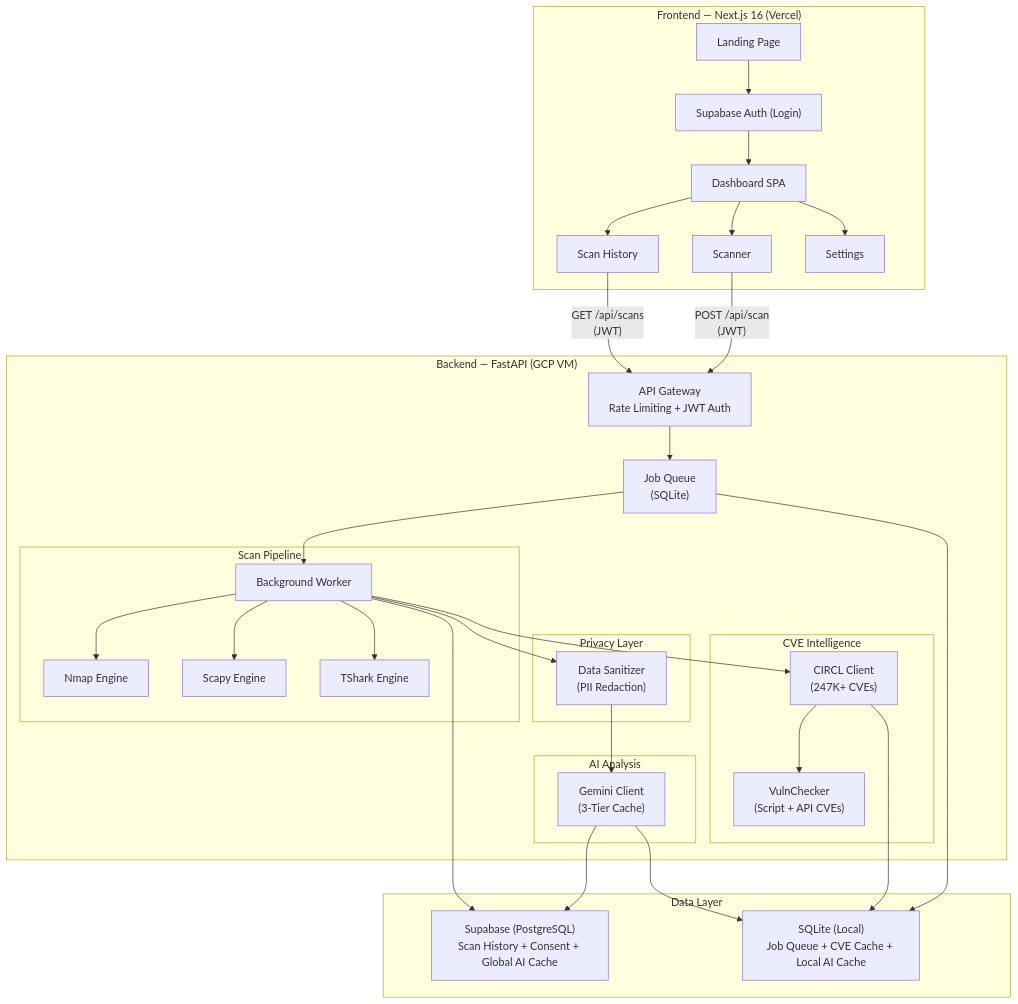
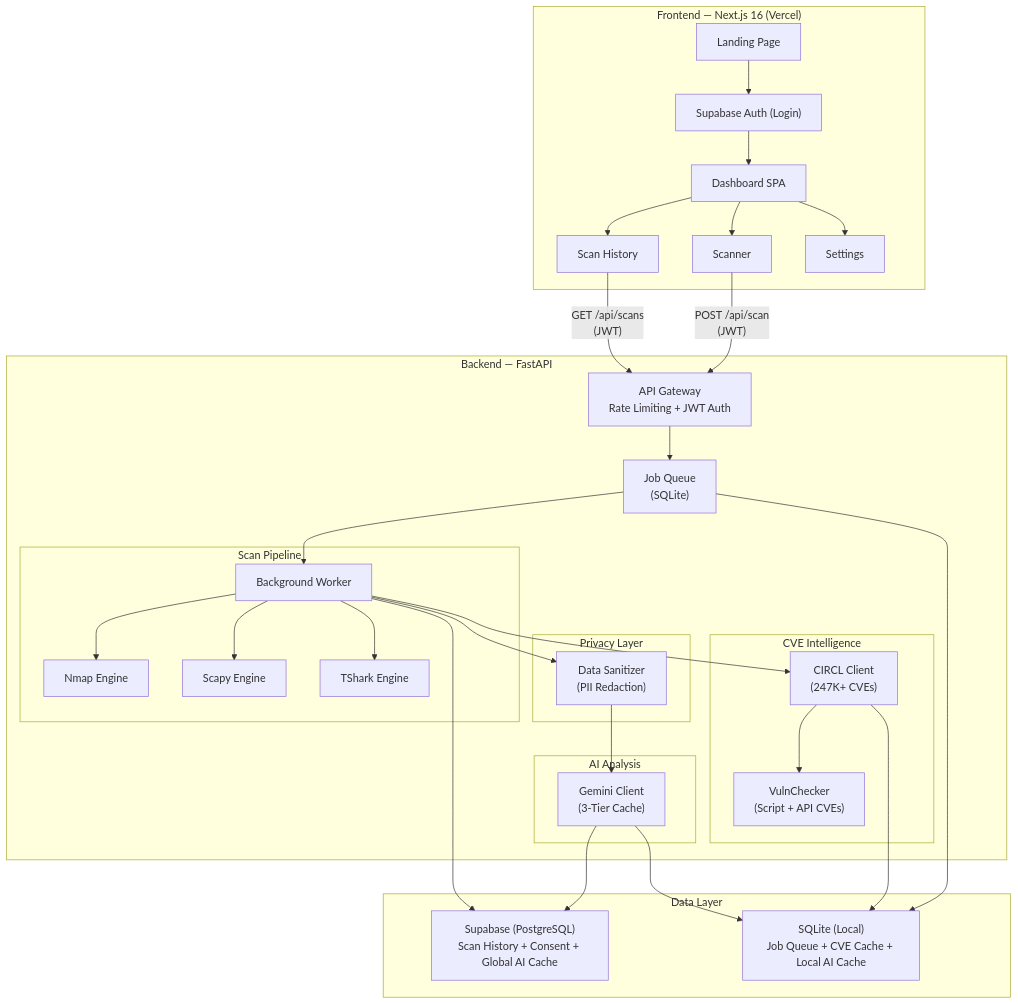
Before and after one commit to Kalpesh-ops/aegir: the first of 3 diagrams in README.md, drawn with Mermaid. The commit also changed other lines of this file and 1 other file, not shown here.

Commit message:
fix: update backend hosting references in documentation for clarity

````diff
--- a/README.md
+++ b/README.md
@@ -40,48 +40,48 @@
 ```mermaid
 graph TB
     subgraph "Frontend — Next.js 16 (Vercel)"
         A["Landing Page"] --> B["Supabase Auth (Login)"]
         B --> C["Dashboard SPA"]
         C --> C1["Scanner"]
         C --> C2["Scan History"]
         C --> C3["Settings"]
     end
 
-    subgraph "Backend — FastAPI (GCP VM)"
+    subgraph "Backend — FastAPI"
         D["API Gateway<br/>Rate Limiting + JWT Auth"]
         D --> E["Job Queue<br/>(SQLite)"]
         E --> F["Background Worker"]
 
         subgraph "Scan Pipeline"
             F --> G["Nmap Engine"]
             F --> H["Scapy Engine"]
             F --> I["TShark Engine"]
         end
 
         subgraph "CVE Intelligence"
             F --> J["CIRCL Client<br/>(247K+ CVEs)"]
             J --> K["VulnChecker<br/>(Script + API CVEs)"]
         end
 
         subgraph "Privacy Layer"
             F --> L["Data Sanitizer<br/>(PII Redaction)"]
         end
 
         subgraph "AI Analysis"
             L --> M["Gemini Client<br/>(3-Tier Cache)"]
         end
     end
 
     subgraph "Data Layer"
         N["Supabase (PostgreSQL)<br/>Scan History + Consent + Global AI Cache"]
         O["SQLite (Local)<br/>Job Queue + CVE Cache + Local AI Cache"]
     end
 
     C1 -- "POST /api/scan<br/>(JWT)" --> D
     C2 -- "GET /api/scans<br/>(JWT)" --> D
     M --> N
     F --> N
     E --> O
     J --> O
     M --> O
 ```
````
